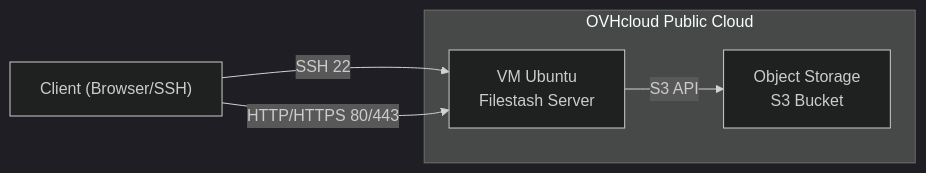
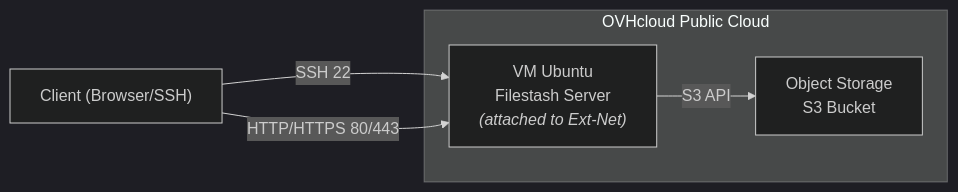
Before and after one commit to gsiegwald/stashcloud: the diagram in README.md, drawn with Mermaid (dark theme). The commit also changed other lines of this file, not shown here.

````diff
--- a/README.md
+++ b/README.md
@@ -16,13 +16,13 @@
 ```mermaid
 graph LR
   %% -------- Infrastructure --------
   subgraph "OVHcloud Public Cloud"
-    VM["VM Ubuntu<br/>Filestash Server"]
+    VM["VM Ubuntu<br/>Filestash Server<br/><i>(attached to Ext-Net)</i>"]
     storage["Object Storage<br/>S3 Bucket"]
   end
 
   %% -------- Flux --------
   UserPC["Client (Browser/SSH)"] -->|SSH 22| VM
   UserPC -->|HTTP/HTTPS 80/443| VM
   VM -->|S3 API| storage
 ```
````
